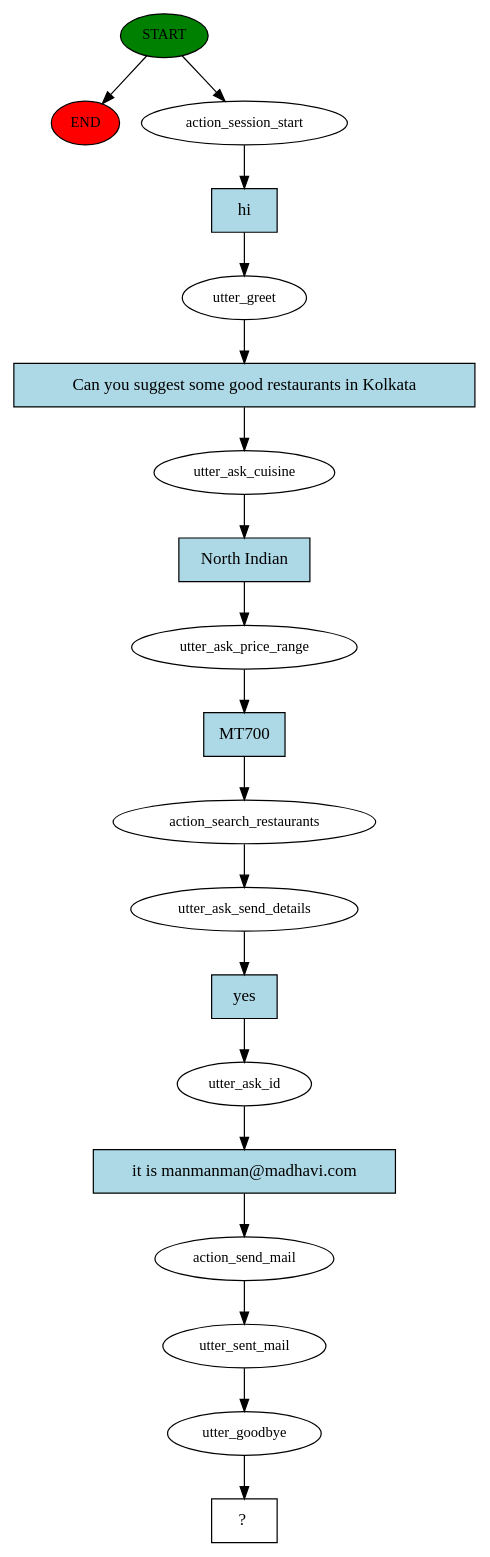
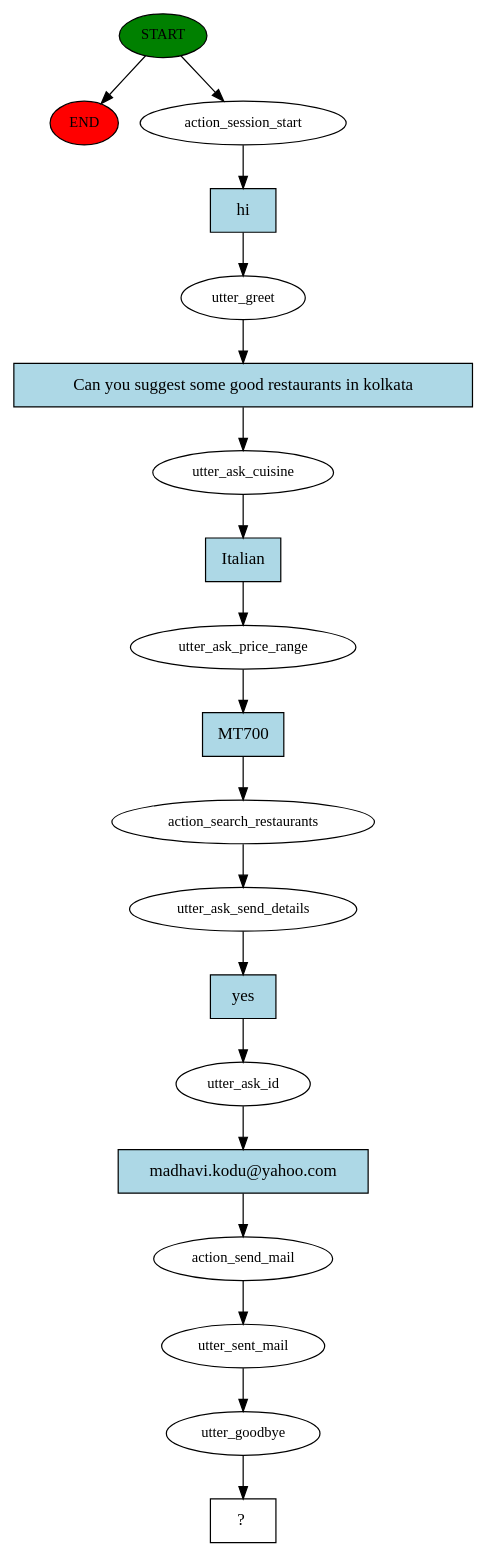
The diagram in Rasa_basic_folder/story_graph.dot (madhavikoduganti/Foodie), drawn with Graphviz before and after one commit. The commit also changed 4 other files, not shown here.

```diff
--- a/Rasa_basic_folder/story_graph.dot
+++ b/Rasa_basic_folder/story_graph.dot
@@ -1,39 +1,39 @@
 digraph  {
 0 [class="start active", fillcolor=green, fontsize=12, label=START, style=filled];
 "-1" [class=end, fillcolor=red, fontsize=12, label=END, style=filled];
 1 [class=active, fontsize=12, label=action_session_start];
 2 [class=active, fontsize=12, label=utter_greet];
 3 [class=active, fontsize=12, label=utter_ask_cuisine];
 4 [class=active, fontsize=12, label=utter_ask_price_range];
 5 [class=active, fontsize=12, label=action_search_restaurants];
 6 [class=active, fontsize=12, label=utter_ask_send_details];
 7 [class=active, fontsize=12, label=utter_ask_id];
 8 [class=active, fontsize=12, label=action_send_mail];
 9 [class=active, fontsize=12, label=utter_sent_mail];
 10 [class=active, fontsize=12, label=utter_goodbye];
 11 [class="intent dashed active", label="  ?  ", shape=rect];
 12 [class="intent active", fillcolor=lightblue, label=hi, shape=rect, style=filled];
-13 [class="intent active", fillcolor=lightblue, label="Can you suggest some good restaurants in Kolkata", shape=rect, style=filled];
-14 [class="intent active", fillcolor=lightblue, label="North Indian", shape=rect, style=filled];
+13 [class="intent active", fillcolor=lightblue, label="Can you suggest some good restaurants in kolkata", shape=rect, style=filled];
+14 [class="intent active", fillcolor=lightblue, label=Italian, shape=rect, style=filled];
 15 [class="intent active", fillcolor=lightblue, label=MT700, shape=rect, style=filled];
 16 [class="intent active", fillcolor=lightblue, label=yes, shape=rect, style=filled];
-17 [class="intent active", fillcolor=lightblue, label="it is manmanman@madhavi.com", shape=rect, style=filled];
+17 [class="intent active", fillcolor=lightblue, label="madhavi.kodu@yahoo.com", shape=rect, style=filled];
 0 -> "-1"  [class="", key=NONE, label=""];
 0 -> 1  [class=active, key=NONE, label=""];
 1 -> 12  [class=active, key=0];
 2 -> 13  [class=active, key=0];
 3 -> 14  [class=active, key=0];
 4 -> 15  [class=active, key=0];
 5 -> 6  [class=active, key=NONE, label=""];
 6 -> 16  [class=active, key=0];
 7 -> 17  [class=active, key=0];
 8 -> 9  [class=active, key=NONE, label=""];
 9 -> 10  [class=active, key=NONE, label=""];
 10 -> 11  [class=active, key=NONE, label=""];
 12 -> 2  [class=active, key=0];
 13 -> 3  [class=active, key=0];
 14 -> 4  [class=active, key=0];
 15 -> 5  [class=active, key=0];
 16 -> 7  [class=active, key=0];
 17 -> 8  [class=active, key=0];
 }
```
